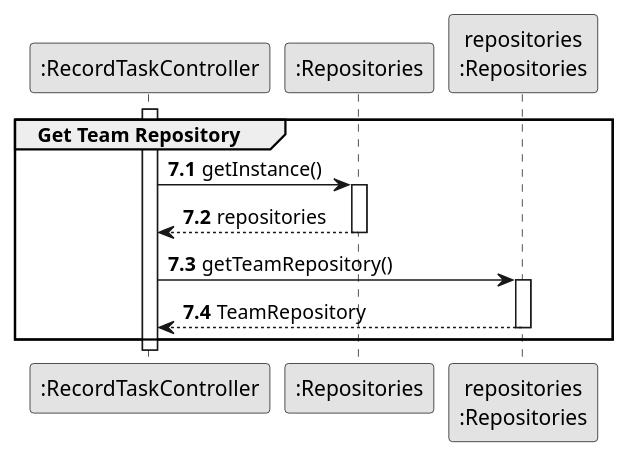
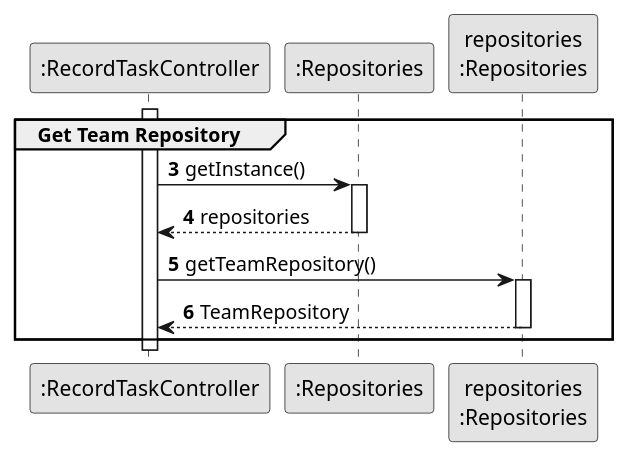
Before and after one commit to ricardomm7/leaflink: the diagram in docs/sprintC/us029/03.design/puml/us029-sequence-diagram-partial-get-team-repository.puml, drawn with PlantUML. The commit also changed 12 other files, not shown here.

```diff
--- a/docs/sprintC/us029/03.design/puml/us029-sequence-diagram-partial-get-team-repository.puml
+++ b/docs/sprintC/us029/03.design/puml/us029-sequence-diagram-partial-get-team-repository.puml
@@ -1,36 +1,34 @@
 @startuml
 skinparam monochrome true
 skinparam packageStyle rectangle
 skinparam shadowing false
 
 'hide footbox
 
 participant ":RecordTaskController" as CTRL
 participant ":Repositories" as RepositorySingleton
 participant "repositories\n:Repositories" as PLAT
-autonumber 7
+autonumber 3
 
 
 activate CTRL
 
-
     group Get Team Repository
-    autonumber 7.1
 
             CTRL -> RepositorySingleton: getInstance()
             activate RepositorySingleton
 
                 RepositorySingleton --> CTRL: repositories
             deactivate RepositorySingleton
 
             CTRL -> PLAT : getTeamRepository()
             activate PLAT
 
                 PLAT --> CTRL: TeamRepository
             deactivate PLAT
 
     end
 deactivate CTRL
 
 
 @enduml
```
